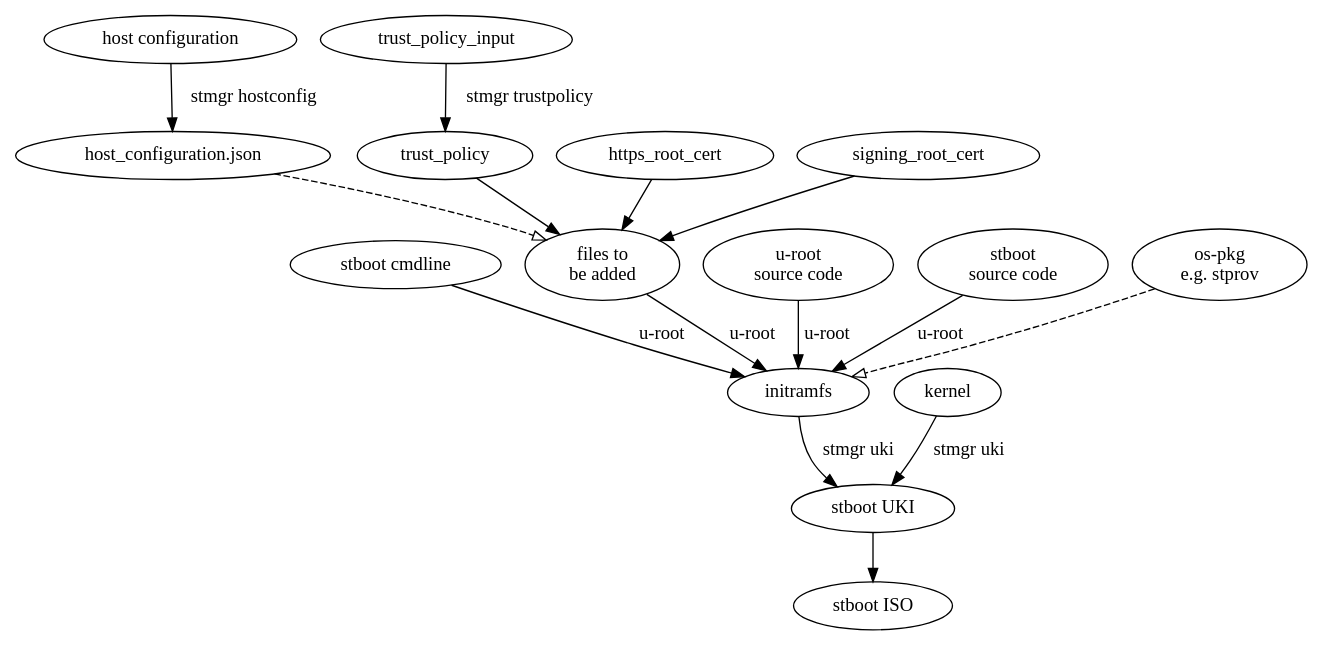
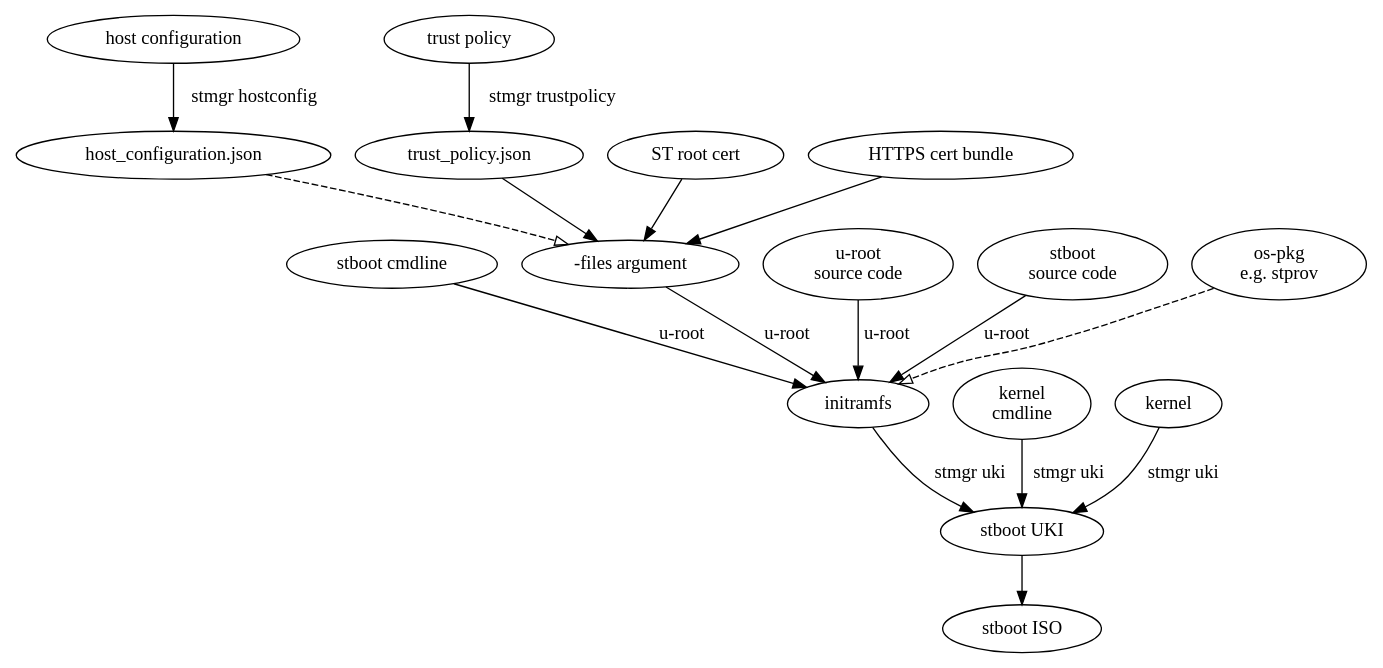
One commit to system-transparency/system-transparency changed the diagram in doc/stboot.gv. Above: the diagram before and after it, drawn with Graphviz. The commit also changed 2 other files, not shown here.

Commit message:
Add graph of ingoing components, for building bootable image
And link it from doc/guide.md.

```diff
--- a/doc/stboot.gv
+++ b/doc/stboot.gv
@@ -1,21 +1,25 @@
 digraph stboot {
 	stboot_cmdline [label="stboot cmdline" tooltip="-loglevel=info"]
 	host_config_input [label="host configuration"]
 	host_config [label="host_configuration.json"]
-	trust_policy [label="trust_policy"]
+	trust_policy_input [label="trust policy"]
+	trust_policy [label="trust_policy.json"]
 	stboot_efi [label="stboot UKI"]
 	stboot_iso [label="stboot ISO"]
-	uroot_input_files [label="files to\nbe added"]
+	uroot_input_files [label="-files argument"]
 	uroot_src [label="u-root\nsource code"]
 	stboot_src [label="stboot\nsource code"]
 	os_pkg [label="os-pkg\ne.g. stprov"]
+	kernel_cmdline [label="kernel\ncmdline"]
+	signing_root_cert [label="ST root cert"]
+	https_root_cert [label="HTTPS cert bundle"]
 
-	{kernel initramfs} -> {stboot_efi} [label="stmgr uki"]
+	{kernel kernel_cmdline initramfs} -> {stboot_efi} [label="stmgr uki"]
 	{stboot_efi} -> {stboot_iso}
 	{uroot_src uroot_input_files stboot_src stboot_cmdline} -> {initramfs} [label="u-root"]
 	{os_pkg} -> {initramfs} [style="dashed" arrowhead="empty"]
 	{host_config_input} -> {host_config} [label="stmgr hostconfig"]
 	{trust_policy_input} -> {trust_policy} [label="stmgr trustpolicy"]
 	{https_root_cert signing_root_cert trust_policy} -> {uroot_input_files}
 	{host_config} -> {uroot_input_files} [style="dashed" arrowhead="empty"]
 }
```
